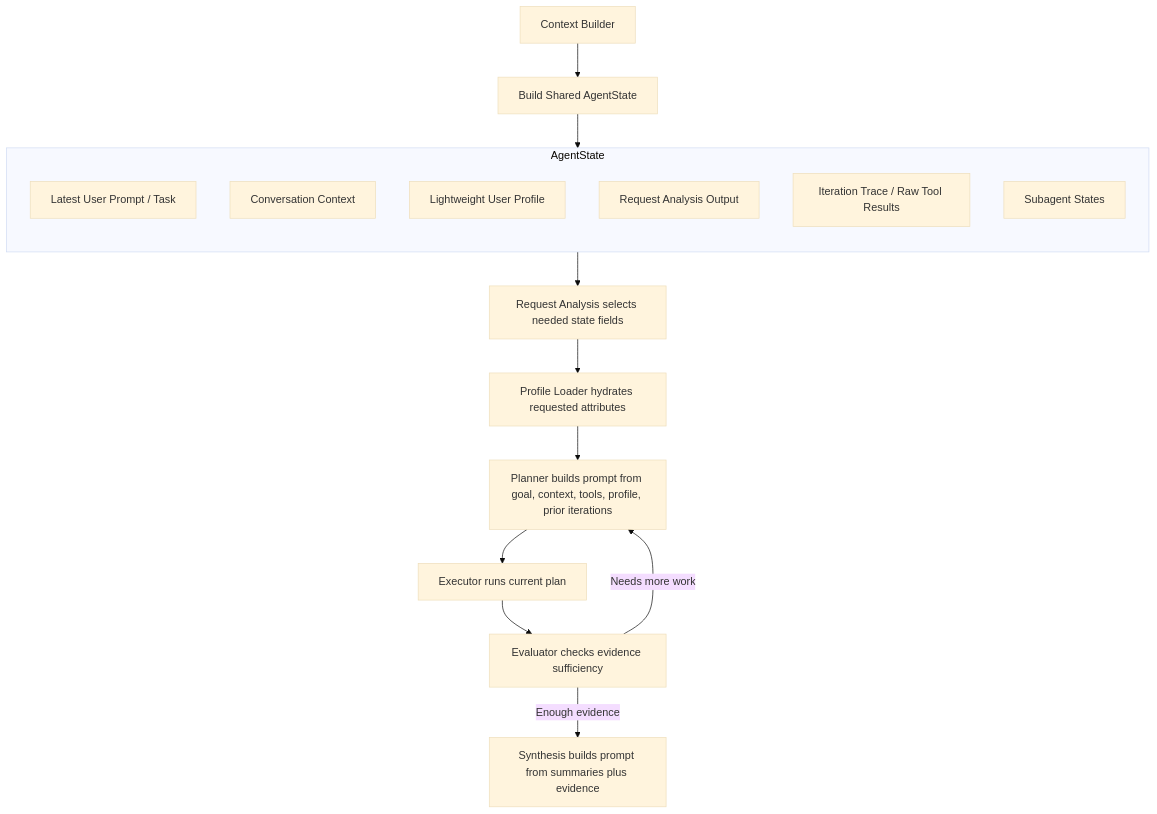
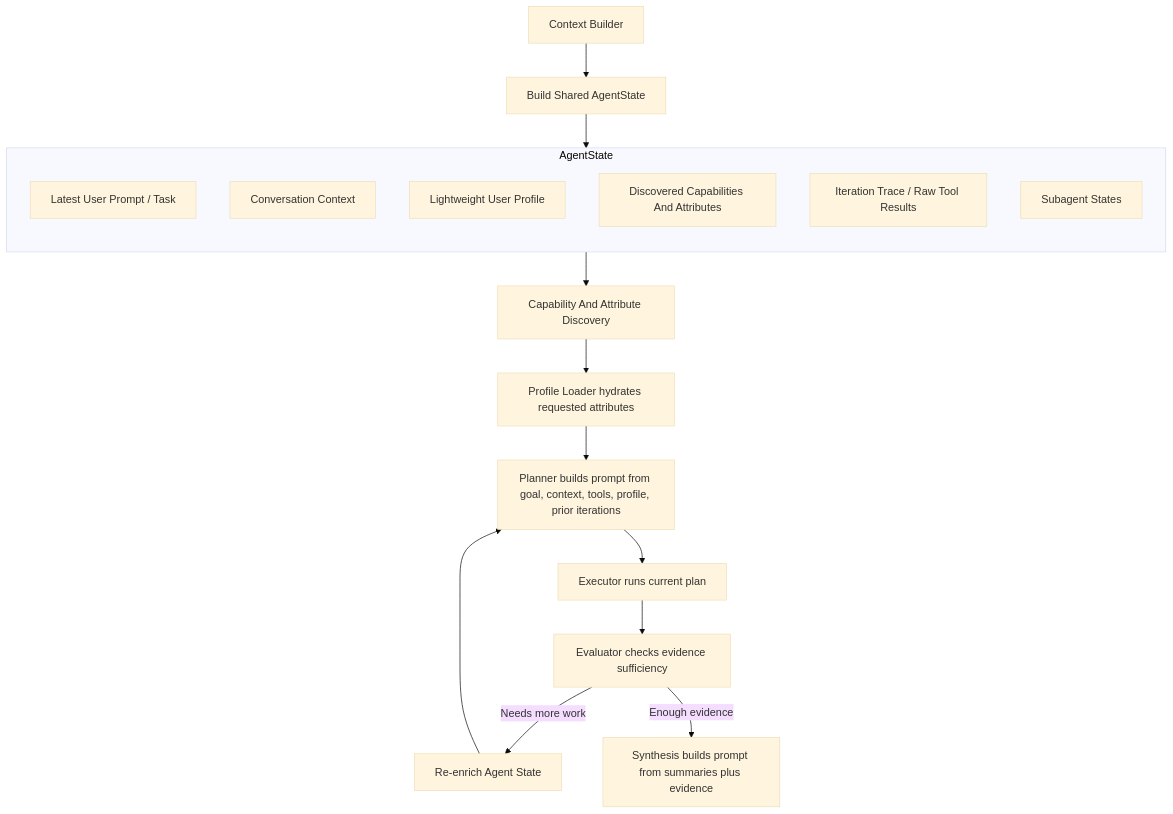
Before and after one commit to mikeshutov/llm_poc: the diagram in docs/context-assembly.md, drawn with Mermaid (base theme). The commit also changed 3 other files, not shown here.

Commit message:
capability discovery cleanup and refactors additionally add more weights for tools

````diff
--- a/docs/context-assembly.md
+++ b/docs/context-assembly.md
@@ -116,23 +116,24 @@
 ```mermaid
 flowchart TD
     A[Context Builder] --> B[Build Shared AgentState]
 
     subgraph C[AgentState]
         direction TB
         S1[Latest User Prompt / Task]
         S2[Conversation Context]
         S3[Lightweight User Profile]
-        S4[Request Analysis Output]
+        S4[Discovered Capabilities And Attributes]
         S5[Iteration Trace / Raw Tool Results]
         S6[Subagent States]
     end
 
     B --> C
-    C --> D[Request Analysis selects needed state fields]
+    C --> D[Capability And Attribute Discovery]
     D --> E[Profile Loader hydrates requested attributes]
     E --> F[Planner builds prompt from goal, context, tools, profile, prior iterations]
     F --> G[Executor runs current plan]
     G --> H[Evaluator checks evidence sufficiency]
-    H -->|Needs more work| F
+    H -->|Needs more work| J[Re-enrich Agent State]
+    J --> F
     H -->|Enough evidence| I[Synthesis builds prompt from summaries plus evidence]
 ```
````
